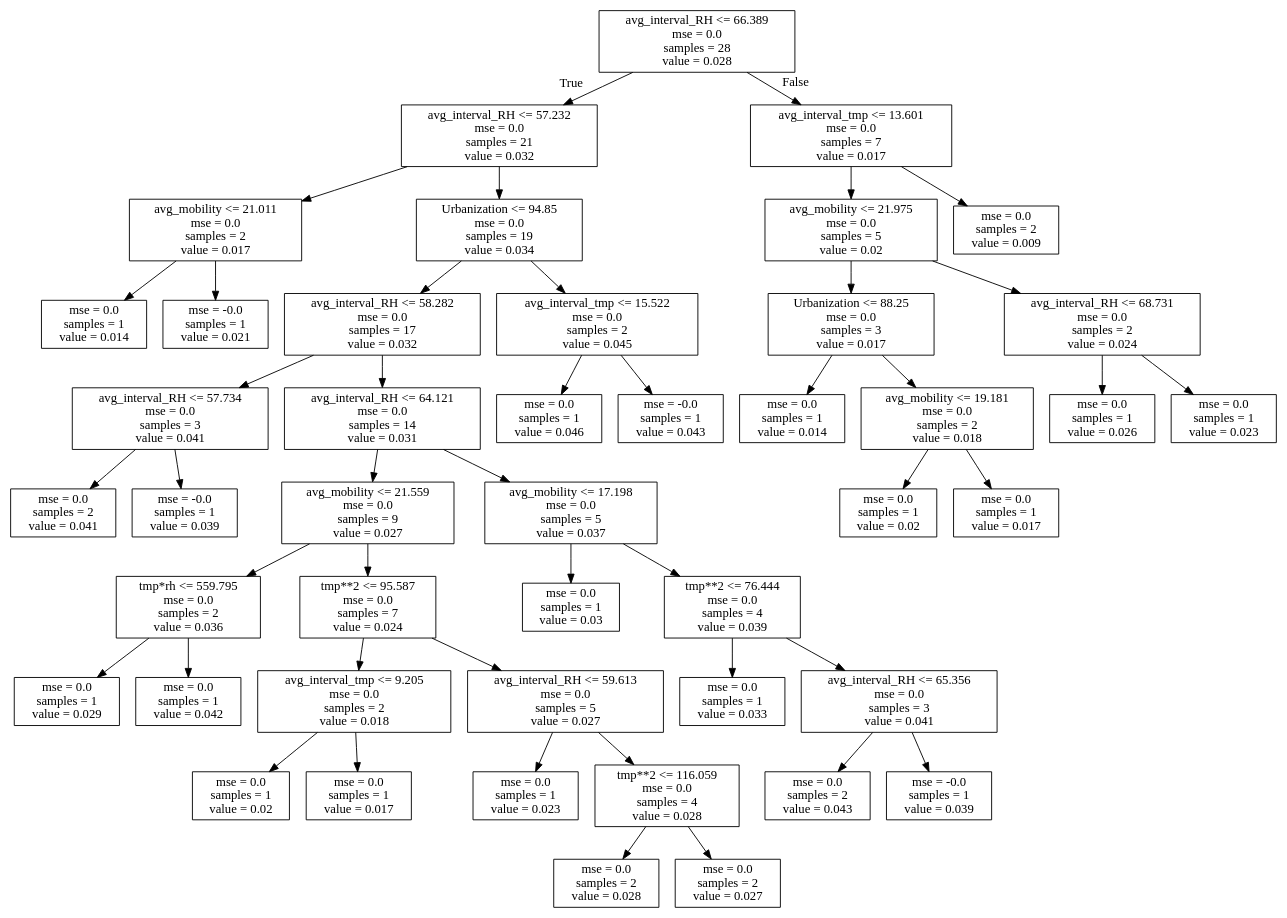
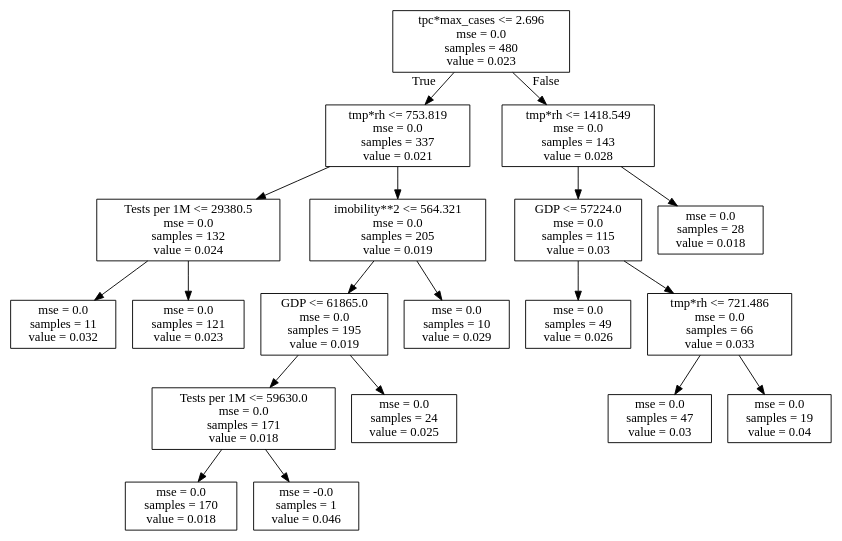
The diagram in products/decision_tree/decision_tree_GF_Q1_run4.dot (hopl1t/covid19), drawn with Graphviz before and after one commit. The commit also changed 42 other files, not shown here.

```diff
--- a/products/decision_tree/decision_tree_GF_Q1_run4.dot
+++ b/products/decision_tree/decision_tree_GF_Q1_run4.dot
@@ -1,92 +1,40 @@
 digraph Tree {
 node [shape=box] ;
-0 [label="avg_interval_RH <= 66.389\nmse = 0.0\nsamples = 28\nvalue = 0.028"] ;
-1 [label="avg_interval_RH <= 57.232\nmse = 0.0\nsamples = 21\nvalue = 0.032"] ;
+0 [label="tpc*max_cases <= 2.696\nmse = 0.0\nsamples = 480\nvalue = 0.023"] ;
+1 [label="tmp*rh <= 753.819\nmse = 0.0\nsamples = 337\nvalue = 0.021"] ;
 0 -> 1 [labeldistance=2.5, labelangle=45, headlabel="True"] ;
-2 [label="avg_mobility <= 21.011\nmse = 0.0\nsamples = 2\nvalue = 0.017"] ;
+2 [label="Tests per 1M <= 29380.5\nmse = 0.0\nsamples = 132\nvalue = 0.024"] ;
 1 -> 2 ;
-3 [label="mse = 0.0\nsamples = 1\nvalue = 0.014"] ;
+3 [label="mse = 0.0\nsamples = 11\nvalue = 0.032"] ;
 2 -> 3 ;
-4 [label="mse = -0.0\nsamples = 1\nvalue = 0.021"] ;
+4 [label="mse = 0.0\nsamples = 121\nvalue = 0.023"] ;
 2 -> 4 ;
-5 [label="Urbanization <= 94.85\nmse = 0.0\nsamples = 19\nvalue = 0.034"] ;
+5 [label="imobility**2 <= 564.321\nmse = 0.0\nsamples = 205\nvalue = 0.019"] ;
 1 -> 5 ;
-6 [label="avg_interval_RH <= 58.282\nmse = 0.0\nsamples = 17\nvalue = 0.032"] ;
+6 [label="GDP <= 61865.0\nmse = 0.0\nsamples = 195\nvalue = 0.019"] ;
 5 -> 6 ;
-7 [label="avg_interval_RH <= 57.734\nmse = 0.0\nsamples = 3\nvalue = 0.041"] ;
+7 [label="Tests per 1M <= 59630.0\nmse = 0.0\nsamples = 171\nvalue = 0.018"] ;
 6 -> 7 ;
-8 [label="mse = 0.0\nsamples = 2\nvalue = 0.041"] ;
+8 [label="mse = 0.0\nsamples = 170\nvalue = 0.018"] ;
 7 -> 8 ;
-9 [label="mse = -0.0\nsamples = 1\nvalue = 0.039"] ;
+9 [label="mse = -0.0\nsamples = 1\nvalue = 0.046"] ;
 7 -> 9 ;
-10 [label="avg_interval_RH <= 64.121\nmse = 0.0\nsamples = 14\nvalue = 0.031"] ;
+10 [label="mse = 0.0\nsamples = 24\nvalue = 0.025"] ;
 6 -> 10 ;
-11 [label="avg_mobility <= 21.559\nmse = 0.0\nsamples = 9\nvalue = 0.027"] ;
-10 -> 11 ;
-12 [label="tmp*rh <= 559.795\nmse = 0.0\nsamples = 2\nvalue = 0.036"] ;
-11 -> 12 ;
-13 [label="mse = 0.0\nsamples = 1\nvalue = 0.029"] ;
+11 [label="mse = 0.0\nsamples = 10\nvalue = 0.029"] ;
+5 -> 11 ;
+12 [label="tmp*rh <= 1418.549\nmse = 0.0\nsamples = 143\nvalue = 0.028"] ;
+0 -> 12 [labeldistance=2.5, labelangle=-45, headlabel="False"] ;
+13 [label="GDP <= 57224.0\nmse = 0.0\nsamples = 115\nvalue = 0.03"] ;
 12 -> 13 ;
-14 [label="mse = 0.0\nsamples = 1\nvalue = 0.042"] ;
-12 -> 14 ;
-15 [label="tmp**2 <= 95.587\nmse = 0.0\nsamples = 7\nvalue = 0.024"] ;
-11 -> 15 ;
-16 [label="avg_interval_tmp <= 9.205\nmse = 0.0\nsamples = 2\nvalue = 0.018"] ;
+14 [label="mse = 0.0\nsamples = 49\nvalue = 0.026"] ;
+13 -> 14 ;
+15 [label="tmp*rh <= 721.486\nmse = 0.0\nsamples = 66\nvalue = 0.033"] ;
+13 -> 15 ;
+16 [label="mse = 0.0\nsamples = 47\nvalue = 0.03"] ;
 15 -> 16 ;
-17 [label="mse = 0.0\nsamples = 1\nvalue = 0.02"] ;
-16 -> 17 ;
-18 [label="mse = 0.0\nsamples = 1\nvalue = 0.017"] ;
-16 -> 18 ;
-19 [label="avg_interval_RH <= 59.613\nmse = 0.0\nsamples = 5\nvalue = 0.027"] ;
-15 -> 19 ;
-20 [label="mse = 0.0\nsamples = 1\nvalue = 0.023"] ;
-19 -> 20 ;
-21 [label="tmp**2 <= 116.059\nmse = 0.0\nsamples = 4\nvalue = 0.028"] ;
-19 -> 21 ;
-22 [label="mse = 0.0\nsamples = 2\nvalue = 0.028"] ;
-21 -> 22 ;
-23 [label="mse = 0.0\nsamples = 2\nvalue = 0.027"] ;
-21 -> 23 ;
-24 [label="avg_mobility <= 17.198\nmse = 0.0\nsamples = 5\nvalue = 0.037"] ;
-10 -> 24 ;
-25 [label="mse = 0.0\nsamples = 1\nvalue = 0.03"] ;
-24 -> 25 ;
-26 [label="tmp**2 <= 76.444\nmse = 0.0\nsamples = 4\nvalue = 0.039"] ;
-24 -> 26 ;
-27 [label="mse = 0.0\nsamples = 1\nvalue = 0.033"] ;
-26 -> 27 ;
-28 [label="avg_interval_RH <= 65.356\nmse = 0.0\nsamples = 3\nvalue = 0.041"] ;
-26 -> 28 ;
-29 [label="mse = 0.0\nsamples = 2\nvalue = 0.043"] ;
-28 -> 29 ;
-30 [label="mse = -0.0\nsamples = 1\nvalue = 0.039"] ;
-28 -> 30 ;
-31 [label="avg_interval_tmp <= 15.522\nmse = 0.0\nsamples = 2\nvalue = 0.045"] ;
-5 -> 31 ;
-32 [label="mse = 0.0\nsamples = 1\nvalue = 0.046"] ;
-31 -> 32 ;
-33 [label="mse = -0.0\nsamples = 1\nvalue = 0.043"] ;
-31 -> 33 ;
-34 [label="avg_interval_tmp <= 13.601\nmse = 0.0\nsamples = 7\nvalue = 0.017"] ;
-0 -> 34 [labeldistance=2.5, labelangle=-45, headlabel="False"] ;
-35 [label="avg_mobility <= 21.975\nmse = 0.0\nsamples = 5\nvalue = 0.02"] ;
-34 -> 35 ;
-36 [label="Urbanization <= 88.25\nmse = 0.0\nsamples = 3\nvalue = 0.017"] ;
-35 -> 36 ;
-37 [label="mse = 0.0\nsamples = 1\nvalue = 0.014"] ;
-36 -> 37 ;
-38 [label="avg_mobility <= 19.181\nmse = 0.0\nsamples = 2\nvalue = 0.018"] ;
-36 -> 38 ;
-39 [label="mse = 0.0\nsamples = 1\nvalue = 0.02"] ;
-38 -> 39 ;
-40 [label="mse = 0.0\nsamples = 1\nvalue = 0.017"] ;
-38 -> 40 ;
-41 [label="avg_interval_RH <= 68.731\nmse = 0.0\nsamples = 2\nvalue = 0.024"] ;
-35 -> 41 ;
-42 [label="mse = 0.0\nsamples = 1\nvalue = 0.026"] ;
-41 -> 42 ;
-43 [label="mse = 0.0\nsamples = 1\nvalue = 0.023"] ;
-41 -> 43 ;
-44 [label="mse = 0.0\nsamples = 2\nvalue = 0.009"] ;
-34 -> 44 ;
+17 [label="mse = 0.0\nsamples = 19\nvalue = 0.04"] ;
+15 -> 17 ;
+18 [label="mse = 0.0\nsamples = 28\nvalue = 0.018"] ;
+12 -> 18 ;
 }
```
